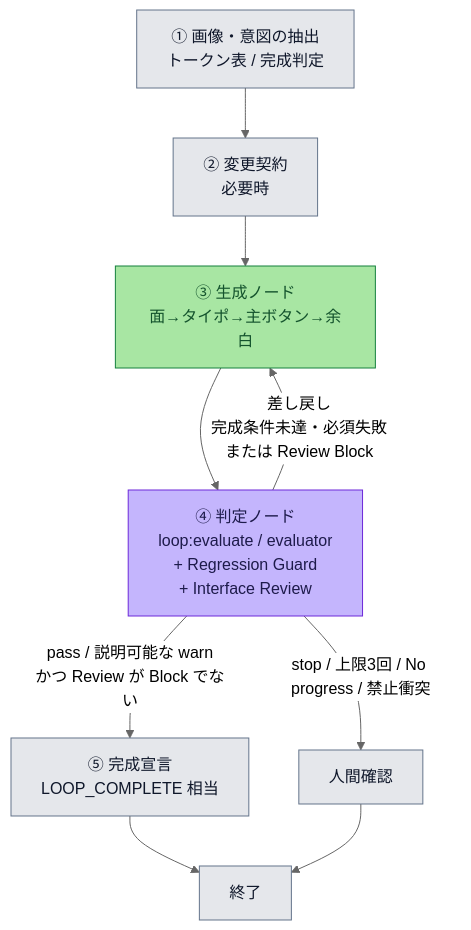
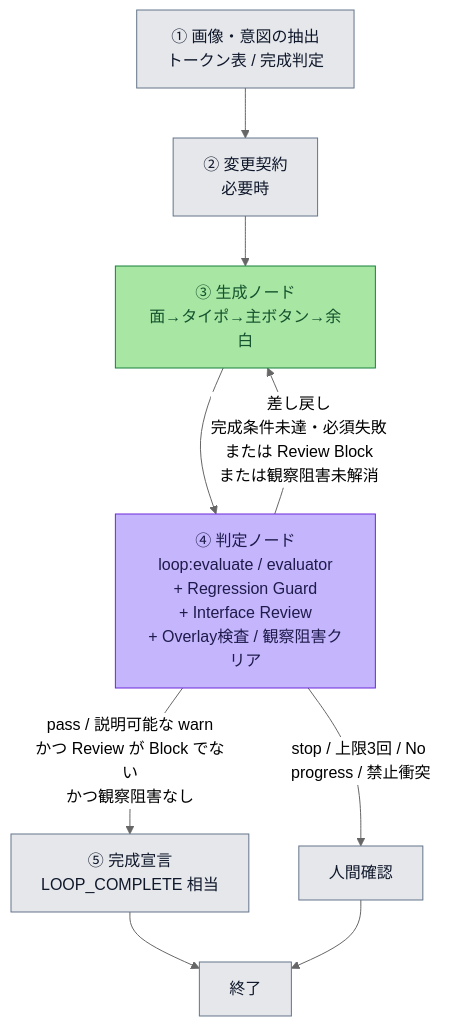
Before and after one commit to nishimura-yuya-git/dentacle: the diagram in loops/graphs/ui-polish.mmd, drawn with Mermaid (neutral theme). The commit also changed 21 other files, not shown here.

```diff
--- a/loops/graphs/ui-polish.mmd
+++ b/loops/graphs/ui-polish.mmd
@@ -1,29 +1,29 @@
 %% UI Polish Loop の外側 Graph（Sequential + 差し戻し）
 %% 正本: loops/goals/ui-polish.md
 %% 凡例:
 %%   灰: 入口・出口・人間確認
 %%   緑: 生成ノード（内側は Loop 型で AI が次手を決める）
 %%   紫: 判定ノード（完成ゲート。遷移は定義済み）
 %% maxIterations: ③→④ の往復は最大 3 回
 
 flowchart TD
   IN["① 画像・意図の抽出<br/>トークン表 / 完成判定"] --> CONTRACT["② 変更契約<br/>必要時"]
   CONTRACT --> GEN["③ 生成ノード<br/>面→タイポ→主ボタン→余白"]
-  GEN --> JUDGE["④ 判定ノード<br/>loop:evaluate / evaluator<br/>+ Regression Guard<br/>+ Interface Review"]
+  GEN --> JUDGE["④ 判定ノード<br/>loop:evaluate / evaluator<br/>+ Regression Guard<br/>+ Interface Review<br/>+ Overlay検査 / 観察阻害クリア"]
 
-  JUDGE -->|"pass / 説明可能な warn<br/>かつ Review が Block でない"| DONE["⑤ 完成宣言<br/>LOOP_COMPLETE 相当"]
-  JUDGE -->|"差し戻し<br/>完成条件未達・必須失敗<br/>または Review Block"| GEN
+  JUDGE -->|"pass / 説明可能な warn<br/>かつ Review が Block でない<br/>かつ観察阻害なし"| DONE["⑤ 完成宣言<br/>LOOP_COMPLETE 相当"]
+  JUDGE -->|"差し戻し<br/>完成条件未達・必須失敗<br/>または Review Block<br/>または観察阻害未解消"| GEN
   JUDGE -->|"stop / 上限3回 / No progress / 禁止衝突"| HUMAN["人間確認"]
 
   DONE --> OUT["終了"]
   HUMAN --> OUT
 
   classDef entry fill:#e5e7eb,stroke:#64748b,color:#0f172a
   classDef gen fill:#a8e6a3,stroke:#15803d,color:#14532d
   classDef judge fill:#c4b5fd,stroke:#6d28d9,color:#1e1b4b
   classDef exit fill:#e5e7eb,stroke:#64748b,color:#0f172a
 
   class IN,CONTRACT,OUT entry
   class GEN gen
   class JUDGE judge
   class DONE,HUMAN exit
```
